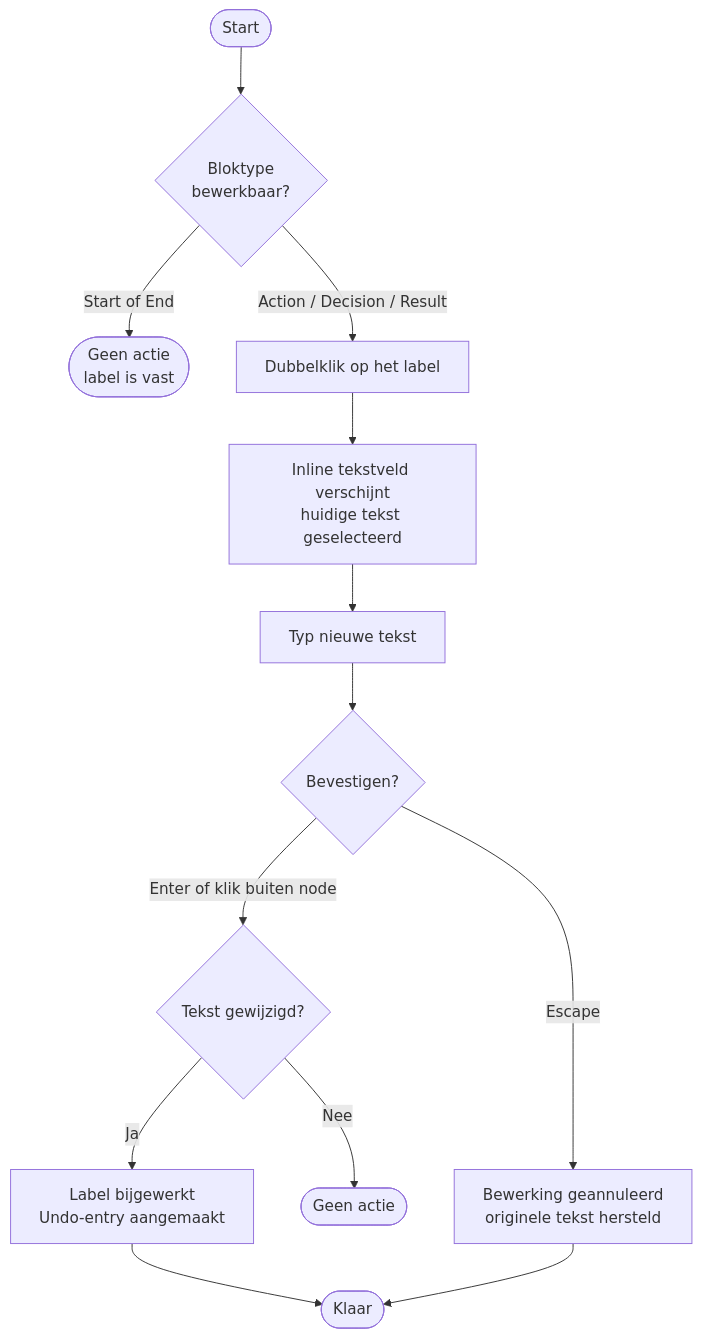
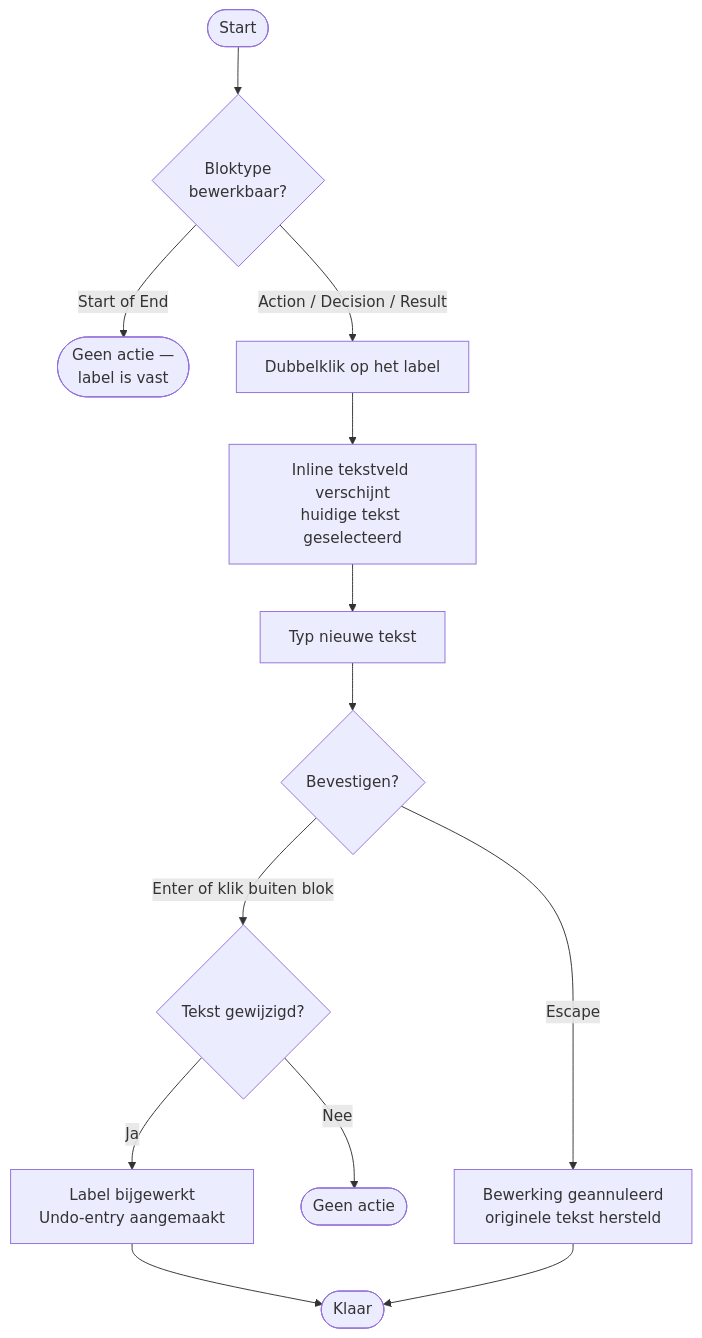
Diagram 11 of 14 in USERFLOWS.md (GRJX/mmd-flowchart), drawn with Mermaid before and after one commit. The commit also changed other lines of this file and 1 other file, not shown here.

Commit message:
refactor: update flowchart syntax for clarity and consistency; enhance user flow descriptions

````diff
--- a/USERFLOWS.md
+++ b/USERFLOWS.md
@@ -217,15 +217,15 @@
 ```mermaid
 flowchart TD
-    A([Start]) --> B{Bloktype\nbewerkbaar?}
-    B -- Start of End --> C([Geen actie\nlabel is vast])
-    B -- Action / Decision / Result --> D[Dubbelklik op het label]
-    D --> E[Inline tekstveld verschijnt\nhuidige tekst geselecteerd]
+    A([Start]) --> B{"Bloktype<br>bewerkbaar?"}
+    B -- "Start of End" --> C(["Geen actie —<br>label is vast"])
+    B -- "Action / Decision / Result" --> D[Dubbelklik op het label]
+    D --> E["Inline tekstveld verschijnt<br>huidige tekst geselecteerd"]
     E --> F[Typ nieuwe tekst]
     F --> G{Bevestigen?}
-    G -- Enter of klik buiten node --> H{Tekst gewijzigd?}
-    H -- Ja --> I[Label bijgewerkt\nUndo-entry aangemaakt]
+    G -- "Enter of klik buiten blok" --> H{Tekst gewijzigd?}
+    H -- Ja --> I["Label bijgewerkt<br>Undo-entry aangemaakt"]
     H -- Nee --> J([Geen actie])
-    G -- Escape --> K[Bewerking geannuleerd\noriginele tekst hersteld]
+    G -- Escape --> K["Bewerking geannuleerd<br>originele tekst hersteld"]
     I --> L([Klaar])
     K --> L
 ```
````
